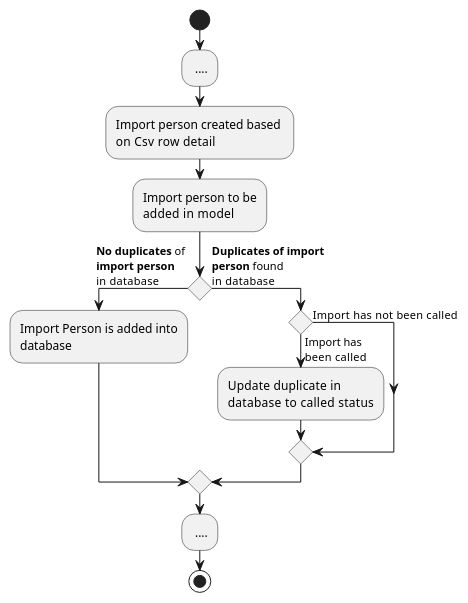
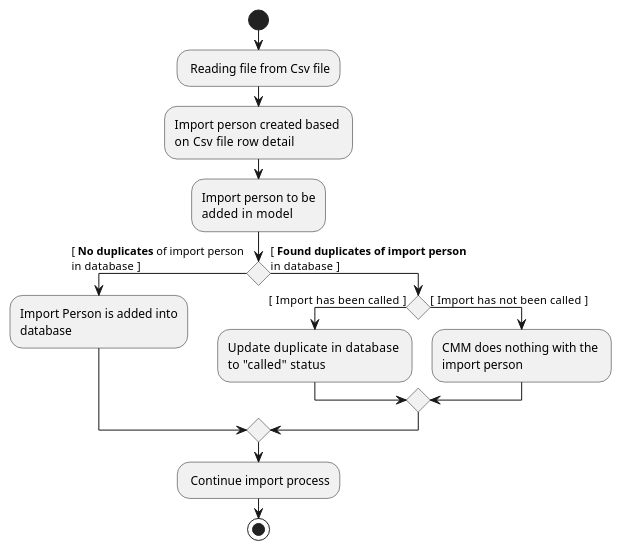
One commit to pranav-ganesh/tp changed the diagram in docs/diagrams/DuplicateImportDecision.puml. Above: the diagram before and after it, drawn with PlantUML. The commit also changed 10 other files, not shown here.

```diff
--- a/docs/diagrams/DuplicateImportDecision.puml
+++ b/docs/diagrams/DuplicateImportDecision.puml
@@ -1,20 +1,21 @@
 @startuml
 'https://plantuml.com/activity-diagram-beta
 
 start
-- ....
--Import person created based \non  Csv row detail
+- Reading file from Csv file
+-Import person created based \non  Csv file row detail
 
 -Import person to be\nadded in  model
-if () then (**No duplicates** of \n**import person** \nin  database)
+if () then ([ **No duplicates** of import person \nin  database ])
     :Import Person is added into\ndatabase;
-else (**Duplicates of import** \n**person** found \nin  database)
-      if () then (Import has \nbeen  called)
-        :Update duplicate  in  \ndatabase  to called  status;
-      else (Import has not  been  called)
+else ([ **Found duplicates of import person** \nin  database ])
+      if () then  ( [ Import has been  called  ])
+        :Update duplicate  in  database \nto "called"  status;
+      else ([ Import has not  been  called ])
+        :CMM does nothing with the \nimport person;
       endif
 endif
-- ....
+- Continue import process
 stop
 
 @enduml
```
